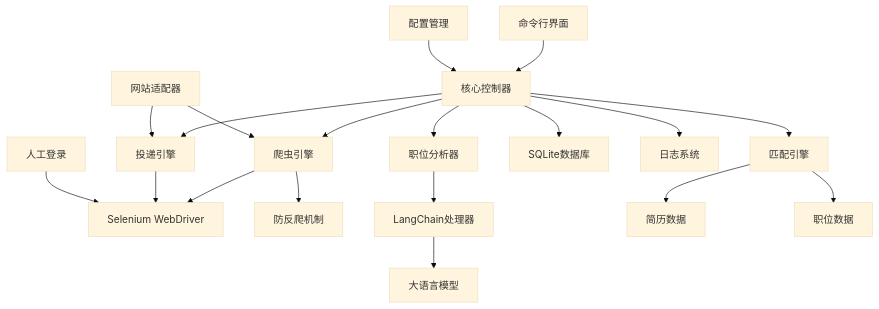
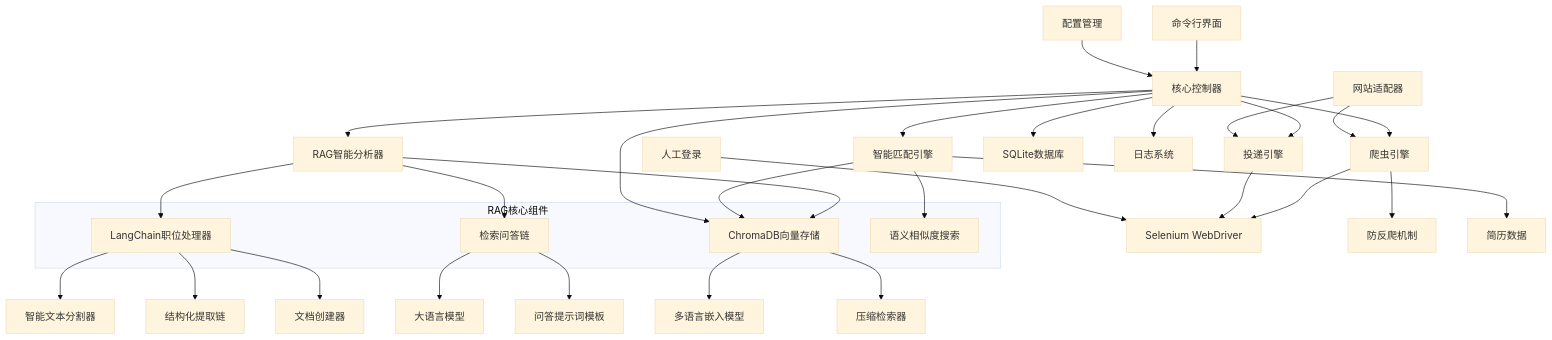
Before and after one commit to bin448482/MyThird: the diagram in CLAUDE.md, drawn with Mermaid (base theme). The commit also changed other lines of this file and 29 other files, not shown here.

````diff
--- a/CLAUDE.md
+++ b/CLAUDE.md
@@ -49,28 +52,47 @@
 ```mermaid
 graph TB
     CLI[命令行界面] --> Core[核心控制器]
     Config[配置管理] --> Core
     
     Core --> Crawler[爬虫引擎]
-    Core --> Analyzer[职位分析器]
-    Core --> Matcher[匹配引擎]
+    Core --> RAGAnalyzer[RAG智能分析器]
+    Core --> Matcher[智能匹配引擎]
     Core --> Submitter[投递引擎]
     
     Crawler --> WebDriver[Selenium WebDriver]
     Crawler --> AntiBot[防反爬机制]
     Submitter --> WebDriver
     
-    Analyzer --> LangChain[LangChain处理器]
-    LangChain --> LLM[大语言模型]
+    RAGAnalyzer --> JobProcessor[LangChain职位处理器]
+    JobProcessor --> TextSplitter[智能文本分割器]
+    JobProcessor --> StructureExtractor[结构化提取链]
+    JobProcessor --> DocumentCreator[文档创建器]
+    
+    RAGAnalyzer --> VectorStore[ChromaDB向量存储]
+    VectorStore --> Embeddings[多语言嵌入模型]
+    VectorStore --> Retriever[压缩检索器]
+    
+    RAGAnalyzer --> RAGChain[检索问答链]
+    RAGChain --> LLM[大语言模型]
+    RAGChain --> QAPrompts[问答提示词模板]
     
     Matcher --> Resume[简历数据]
-    Matcher --> JobData[职位数据]
+    Matcher --> VectorStore
+    Matcher --> SemanticSearch[语义相似度搜索]
     
     Core --> Database[SQLite数据库]
+    Core --> VectorStore
     Core --> Logger[日志系统]
     
     Adapters[网站适配器] --> Crawler
     Adapters --> Submitter
     
     HumanLogin[人工登录] --> WebDriver
+    
+    subgraph "RAG核心组件"
+        JobProcessor
+        VectorStore
+        RAGChain
+        SemanticSearch
+    end
 ```
````
